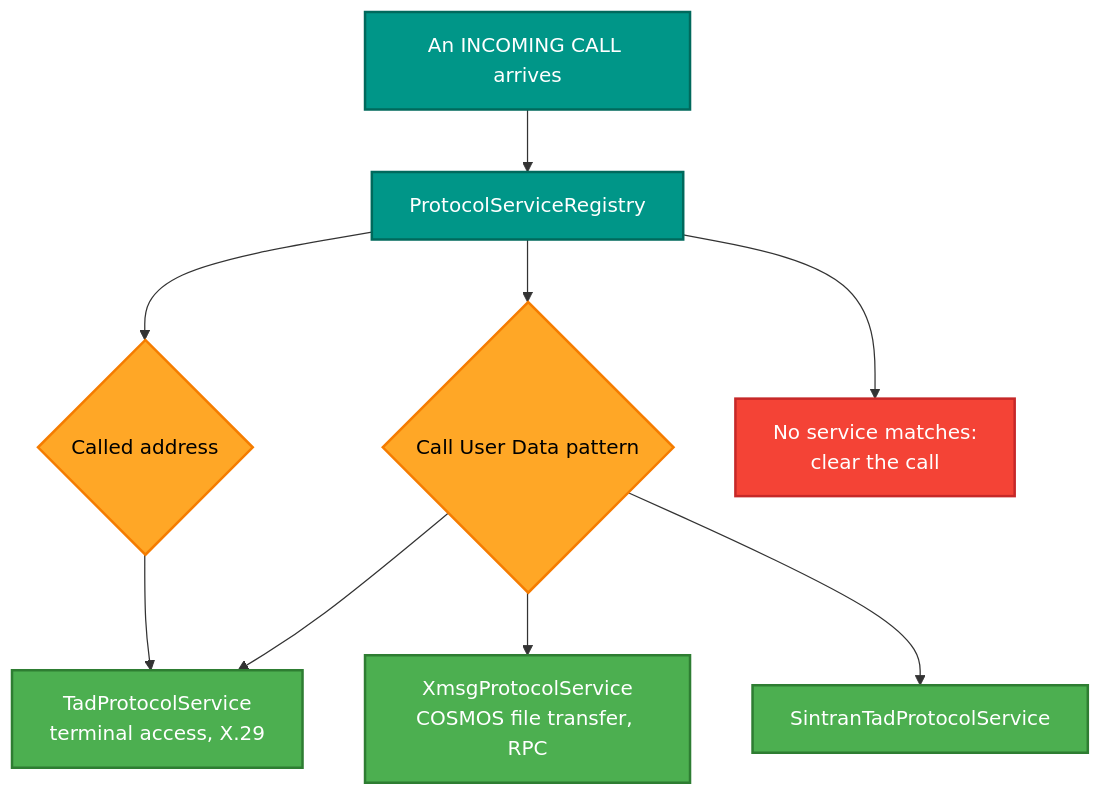
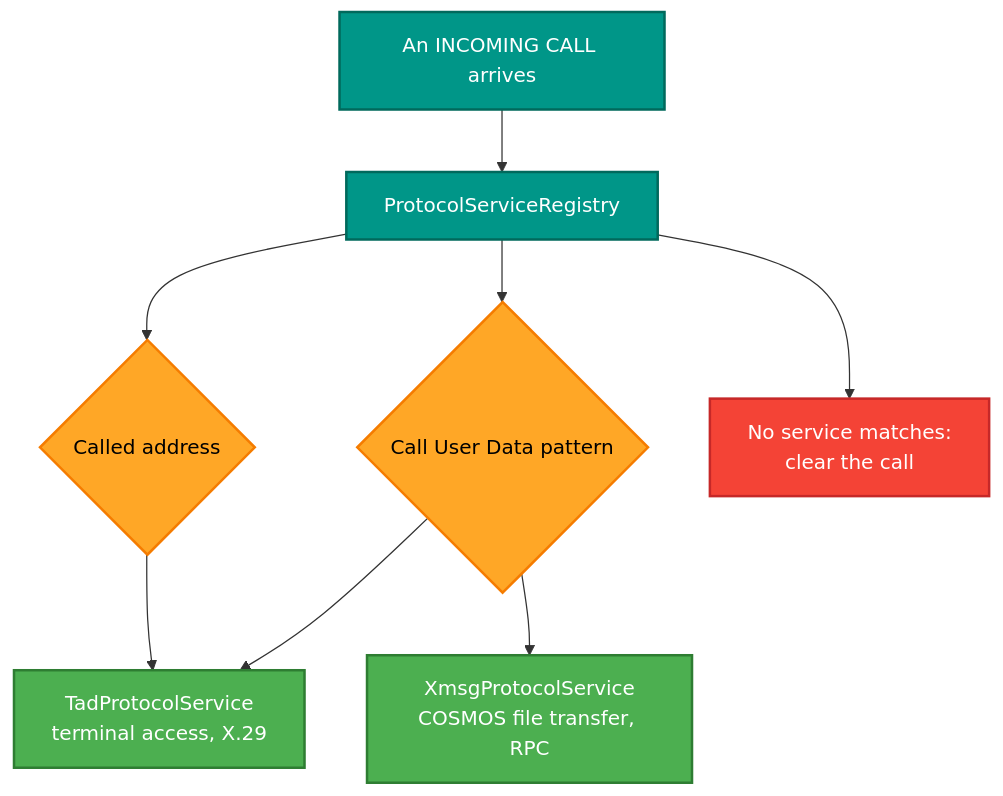
Before and after one commit to RetroCoreLabs/RetroIO: the second of 2 diagrams in src/RetroIO.Protocols.X25/README.md, drawn with Mermaid. The commit also changed other lines of this file and 92 other files, not shown here.

````diff
--- a/src/RetroIO.Protocols.X25/README.md
+++ b/src/RetroIO.Protocols.X25/README.md
@@ -104,30 +101,28 @@
 ```mermaid
 flowchart TB
     CALL["An INCOMING CALL arrives"]
     ADDR{"Called address"}
     CUD{"Call User Data pattern"}
     REG["ProtocolServiceRegistry"]
     PAD["TadProtocolService<br/>terminal access, X.29"]
     XMSG["XmsgProtocolService<br/>COSMOS file transfer, RPC"]
-    SIN["SintranTadProtocolService"]
     NONE["No service matches:<br/>clear the call"]
 
     CALL --> REG
     REG --> ADDR
     REG --> CUD
     ADDR --> PAD
     CUD --> PAD
     CUD --> XMSG
-    CUD --> SIN
     REG --> NONE
 
     classDef core fill:#009688,stroke:#00695C,stroke-width:2px,color:#fff
     classDef q    fill:#FFA726,stroke:#F57C00,stroke-width:2px,color:#000
     classDef ok   fill:#4CAF50,stroke:#2E7D32,stroke-width:2px,color:#fff
     classDef bad  fill:#F44336,stroke:#C62828,stroke-width:2px,color:#fff
 
     class CALL,REG core
     class ADDR,CUD q
-    class PAD,XMSG,SIN ok
+    class PAD,XMSG ok
     class NONE bad
 ```
````
